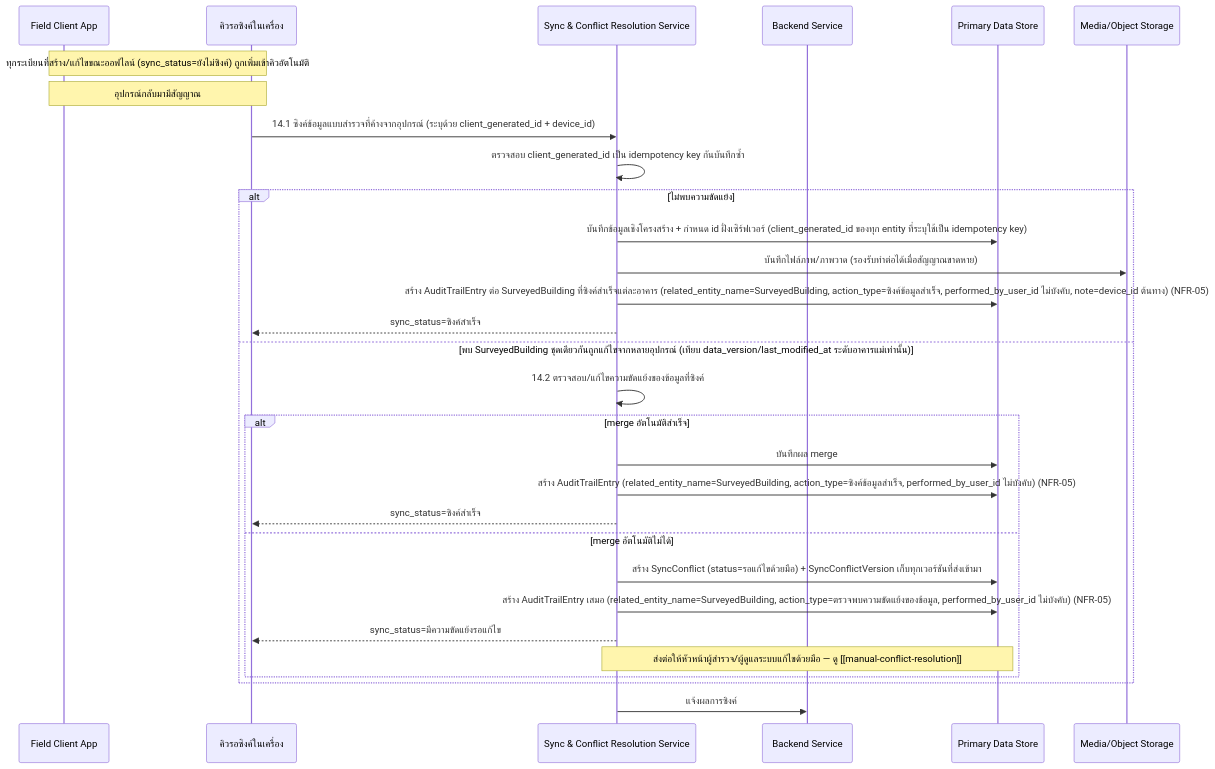
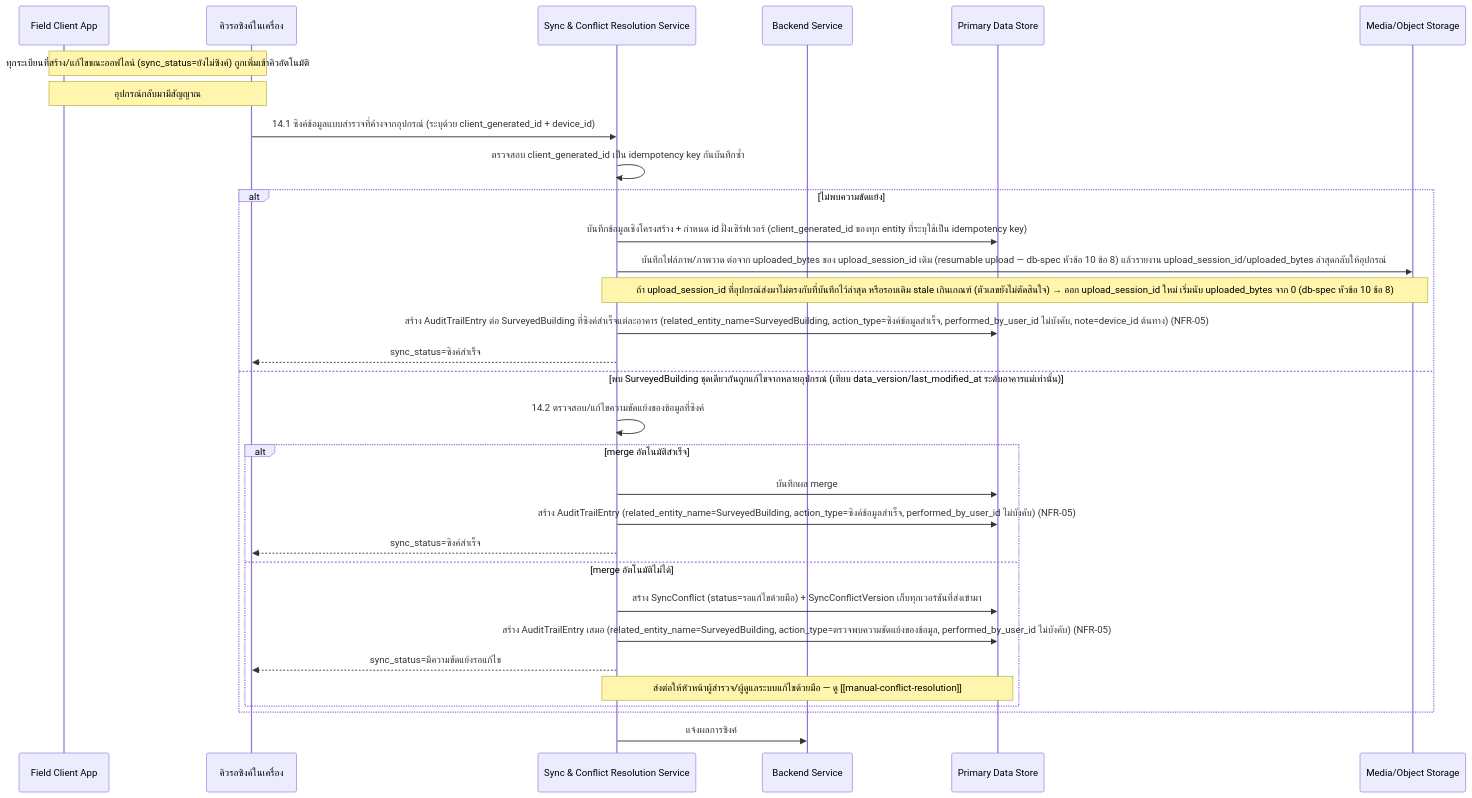
Before and after one commit to sirikorn-cmru/CrackAI-Field: the first of 2 diagrams in docs/02-design/02-technical/detailed-design/offline-sync.md, drawn with Mermaid. The commit also changed other lines of this file and 2 other files, not shown here.

First line of the commit message:
docs: ปิดข้อขัดแย้ง resumable upload ใน offline-sync — NFR-02 กลับเป็นรองรับแล้ว

````diff
--- a/docs/02-design/02-technical/detailed-design/offline-sync.md
+++ b/docs/02-design/02-technical/detailed-design/offline-sync.md
@@ -9,33 +9,34 @@
 ```mermaid
 sequenceDiagram
     participant FC as Field Client App
     participant Queue as คิวรอซิงค์ในเครื่อง
     participant Sync as Sync & Conflict Resolution Service
     participant BE as Backend Service
     participant DB as Primary Data Store
     participant Media as Media/Object Storage
 
     Note over FC,Queue: ทุกระเบียนที่สร้าง/แก้ไขขณะออฟไลน์ (sync_status=ยังไม่ซิงค์) ถูกเพิ่มเข้าคิวอัตโนมัติ
     Note over FC,Queue: อุปกรณ์กลับมามีสัญญาณ
     Queue->>Sync: 14.1 ซิงค์ข้อมูลแบบสำรวจที่ค้างจากอุปกรณ์ (ระบุด้วย client_generated_id + device_id)
     Sync->>Sync: ตรวจสอบ client_generated_id เป็น idempotency key กันบันทึกซ้ำ
     alt ไม่พบความขัดแย้ง
         Sync->>DB: บันทึกข้อมูลเชิงโครงสร้าง + กำหนด id ฝั่งเซิร์ฟเวอร์ (client_generated_id ของทุก entity ที่ระบุใช้เป็น idempotency key)
-        Sync->>Media: บันทึกไฟล์ภาพ/ภาพวาด (รองรับทำต่อได้เมื่อสัญญาณขาดหาย)
+        Sync->>Media: บันทึกไฟล์ภาพ/ภาพวาด ต่อจาก uploaded_bytes ของ upload_session_id เดิม (resumable upload — db-spec หัวข้อ 10 ข้อ 8) แล้วรายงาน upload_session_id/uploaded_bytes ล่าสุดกลับให้อุปกรณ์
+        Note over Sync,Media: ถ้า upload_session_id ที่อุปกรณ์ส่งมาไม่ตรงกับที่บันทึกไว้ล่าสุด หรือรอบเดิม stale เกินเกณฑ์ (ตัวเลขยังไม่ตัดสินใจ) → ออก upload_session_id ใหม่ เริ่มนับ uploaded_bytes จาก 0 (db-spec หัวข้อ 10 ข้อ 8)
         Sync->>DB: สร้าง AuditTrailEntry ต่อ SurveyedBuilding ที่ซิงค์สำเร็จแต่ละอาคาร (related_entity_name=SurveyedBuilding, action_type=ซิงค์ข้อมูลสำเร็จ, performed_by_user_id ไม่บังคับ, note=device_id ต้นทาง) (NFR-05)
         Sync-->>Queue: sync_status=ซิงค์สำเร็จ
     else พบ SurveyedBuilding ชุดเดียวกันถูกแก้ไขจากหลายอุปกรณ์ (เทียบ data_version/last_modified_at ระดับอาคารแม่เท่านั้น)
         Sync->>Sync: 14.2 ตรวจสอบ/แก้ไขความขัดแย้งของข้อมูลที่ซิงค์
         alt merge อัตโนมัติสำเร็จ
             Sync->>DB: บันทึกผล merge
             Sync->>DB: สร้าง AuditTrailEntry (related_entity_name=SurveyedBuilding, action_type=ซิงค์ข้อมูลสำเร็จ, performed_by_user_id ไม่บังคับ) (NFR-05)
             Sync-->>Queue: sync_status=ซิงค์สำเร็จ
         else merge อัตโนมัติไม่ได้
             Sync->>DB: สร้าง SyncConflict (status=รอแก้ไขด้วยมือ) + SyncConflictVersion เก็บทุกเวอร์ชันที่ส่งเข้ามา
             Sync->>DB: สร้าง AuditTrailEntry เสมอ (related_entity_name=SurveyedBuilding, action_type=ตรวจพบความขัดแย้งของข้อมูล, performed_by_user_id ไม่บังคับ) (NFR-05)
             Sync-->>Queue: sync_status=มีความขัดแย้งรอแก้ไข
             Note over Sync,DB: ส่งต่อให้หัวหน้าผู้สำรวจ/ผู้ดูแลระบบแก้ไขด้วยมือ — ดู [[manual-conflict-resolution]]
         end
     end
     Sync->>BE: แจ้งผลการซิงค์
 ```
````
